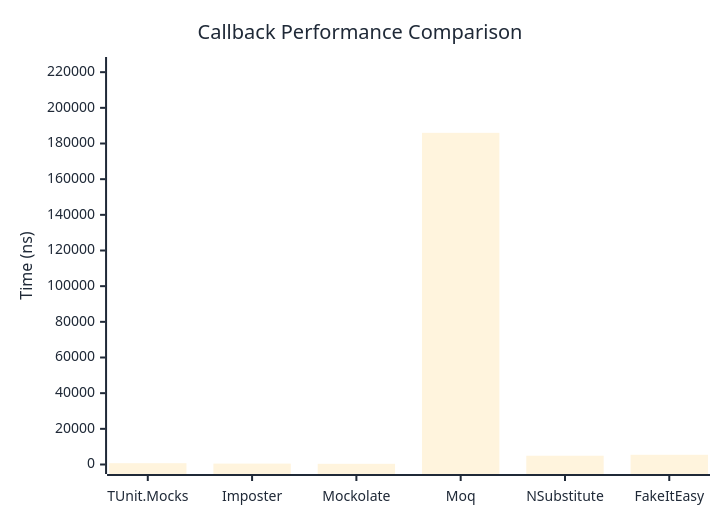
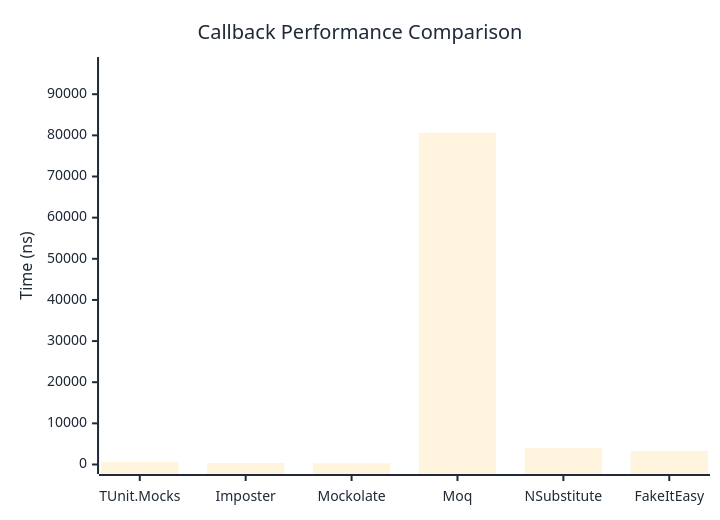
One commit to thomhurst/TUnit changed the first of 2 diagrams in docs/docs/benchmarks/mocks/Callback.md. Above: the diagram before and after it, drawn with Mermaid. The commit also changed other lines of this file and 14 other files, not shown here.

````diff
--- a/docs/docs/benchmarks/mocks/Callback.md
+++ b/docs/docs/benchmarks/mocks/Callback.md
@@ -30,27 +30,27 @@
 ```mermaid
 %%{init: {
   'theme':'base',
   'themeVariables': {
     'primaryColor': '#2563eb',
     'primaryTextColor': '#1f2937',
     'primaryBorderColor': '#1e40af',
     'lineColor': '#6b7280',
     'secondaryColor': '#7c3aed',
     'tertiaryColor': '#dc2626',
     'background': '#ffffff',
     'pie1': '#2563eb',
     'pie2': '#7c3aed',
     'pie3': '#dc2626',
     'pie4': '#f59e0b',
     'pie5': '#10b981',
     'pie6': '#06b6d4',
     'pie7': '#ec4899',
     'pie8': '#6366f1'
   }
 }}%%
 xychart-beta
   title "Callback Performance Comparison"
   x-axis ["TUnit.Mocks", "Imposter", "Mockolate", "Moq", "NSubstitute", "FakeItEasy"]
-  y-axis "Time (ns)" 0 --> 223181
-  bar [742.6, 503.9, 383.2, 185983.4, 4921, 5444.1]
+  y-axis "Time (ns)" 0 --> 96738
+  bar [616.1, 402.3, 313.2, 80614.9, 4005.9, 3283.2]
 ```
````
